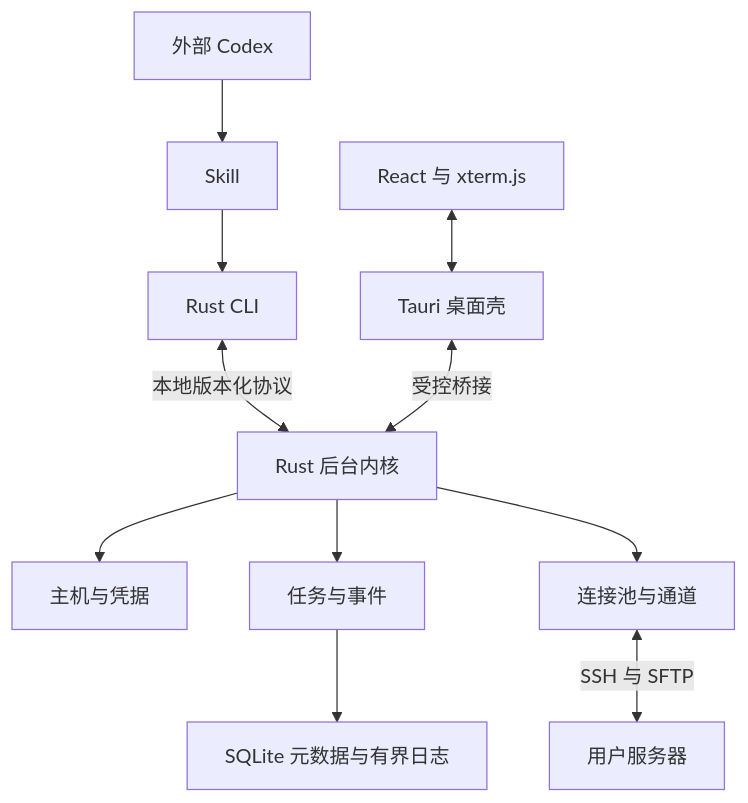
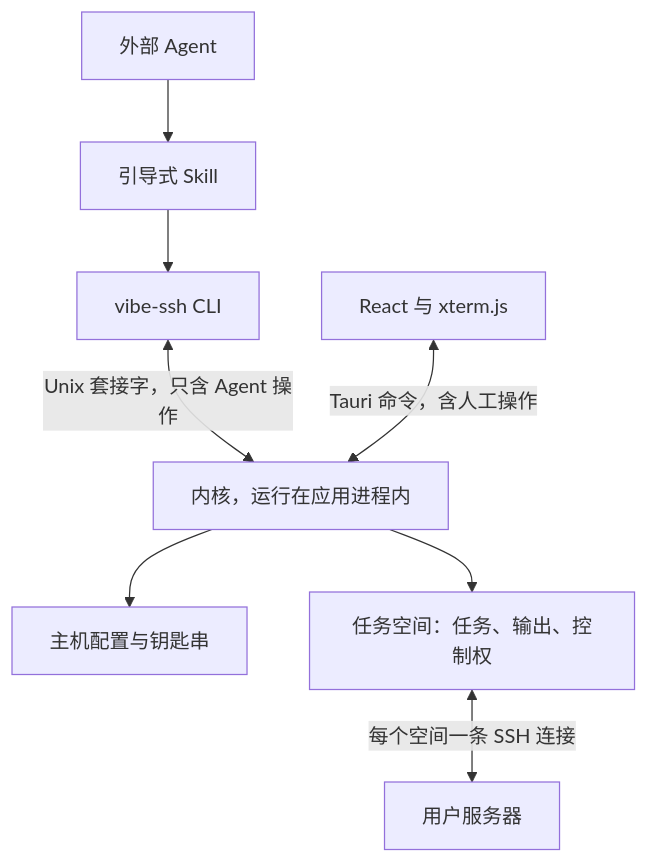
Before and after one commit to IntMainJhy/Vibe-SSH: the first of 2 diagrams in docs/02-system-architecture.md, drawn with Mermaid. The commit also changed other lines of this file and 29 other files, not shown here.

First line of the commit message:
M1 agent loop: task spaces, local socket service, CLI and bootstrap Skill

````diff
--- a/docs/02-system-architecture.md
+++ b/docs/02-system-architecture.md
@@ -9,13 +9,10 @@
 ```mermaid
 flowchart TD
-    A[外部 Codex] --> B[Skill]
-    B --> C[Rust CLI]
-    C <-->|本地版本化协议| D[Rust 后台内核]
-    E[Tauri 桌面壳] <-->|受控桥接| D
-    F[React 与 xterm.js] <--> E
-    D --> G[主机与凭据]
-    D --> H[任务与事件]
-    D --> I[连接池与通道]
-    I <-->|SSH 与 SFTP| J[用户服务器]
-    H --> K[SQLite 元数据与有界日志]
+    A[外部 Agent] --> B[引导式 Skill]
+    B --> C[vibe-ssh CLI]
+    C <-->|Unix 套接字，只含 Agent 操作| D[内核，运行在应用进程内]
+    F[React 与 xterm.js] <-->|Tauri 命令，含人工操作| D
+    D --> G[主机配置与钥匙串]
+    D --> H[任务空间：任务、输出、控制权]
+    H <-->|每个空间一条 SSH 连接| J[用户服务器]
 ```
````
